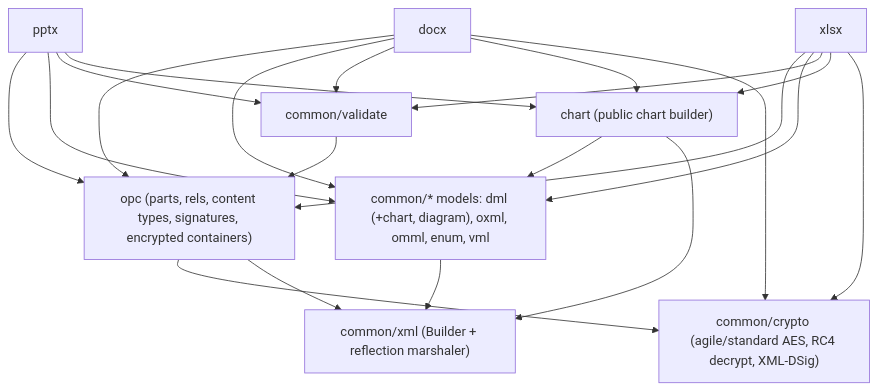
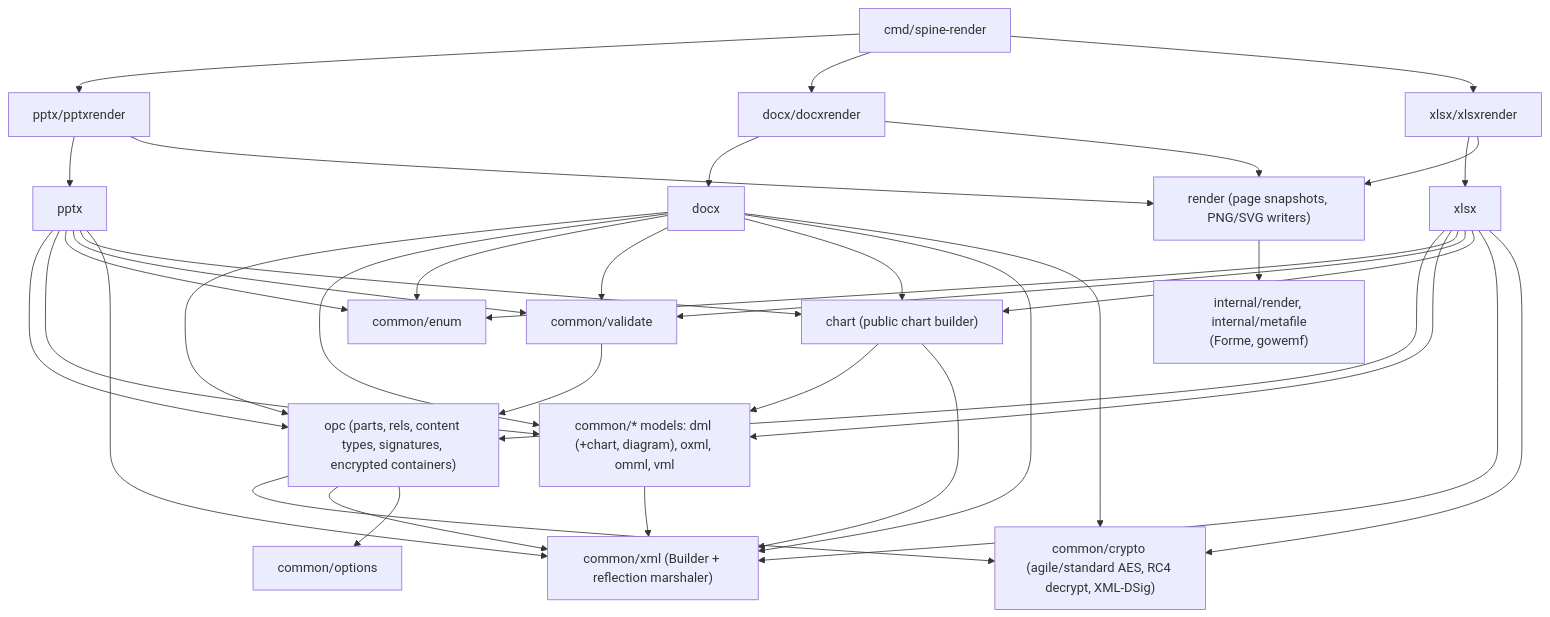
One commit to mgilbir/spine changed the first of 3 diagrams in docs/architecture.md. Above: the diagram before and after it, drawn with Mermaid. The commit also changed other lines of this file and 12 other files, not shown here.

````diff
--- a/docs/architecture.md
+++ b/docs/architecture.md
@@ -9,20 +9,33 @@
 ```mermaid
 flowchart TD
+    cli["cmd/spine-render"]
+    pr["pptx/pptxrender"]
+    dr["docx/docxrender"]
+    xr["xlsx/xlsxrender"]
+    render["render (page snapshots, PNG/SVG writers)"]
+    irender["internal/render, internal/metafile<br/>(Forme, gowemf)"]
     pptx["pptx"]
     docx["docx"]
     xlsx["xlsx"]
     chart["chart (public chart builder)"]
     validate["common/validate"]
-    models["common/* models: dml (+chart, diagram), oxml, omml, enum, vml"]
+    models["common/* models: dml (+chart, diagram), oxml, omml, vml"]
+    enum["common/enum"]
     opc["opc (parts, rels, content types, signatures, encrypted containers)"]
     crypto["common/crypto (agile/standard AES, RC4 decrypt, XML-DSig)"]
+    options["common/options"]
     xmlb["common/xml (Builder + reflection marshaler)"]
 
-    pptx --> opc & models & validate & chart
-    docx --> opc & models & validate & chart & crypto
-    xlsx --> opc & models & validate & chart & crypto
+    cli --> pr & dr & xr
+    pr --> pptx & render
+    dr --> docx & render
+    xr --> xlsx & render
+    render --> irender
+    pptx --> opc & models & enum & validate & chart & xmlb
+    docx --> opc & models & enum & validate & chart & xmlb & crypto
+    xlsx --> opc & models & enum & validate & chart & xmlb & crypto
     chart --> models & xmlb
     validate --> opc
-    opc --> crypto & xmlb
+    opc --> crypto & xmlb & options
     models --> xmlb
 ```
````
